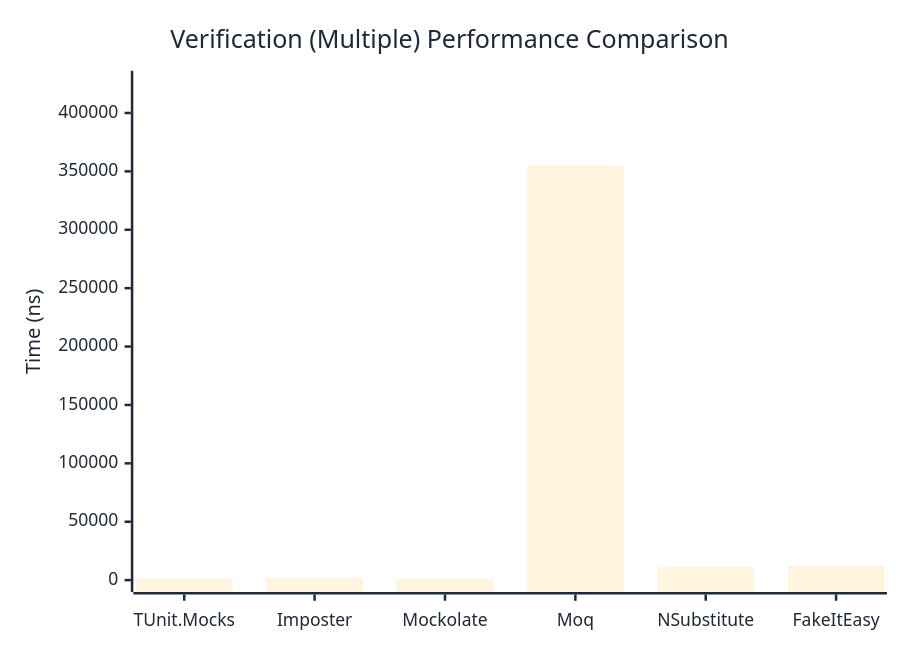
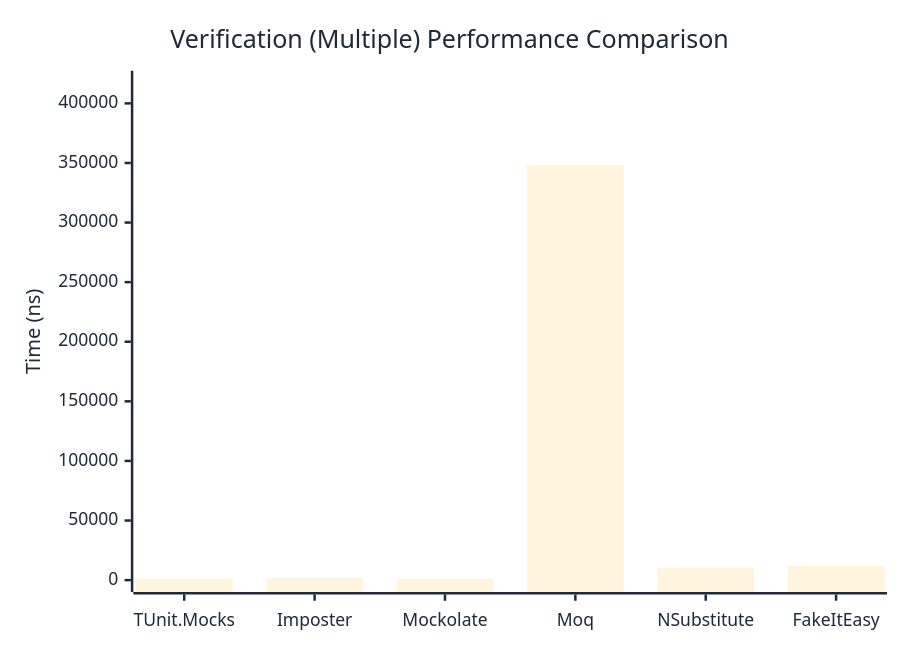
One commit to thomhurst/TUnit changed the third of 3 diagrams in docs/docs/benchmarks/mocks/Verification.md. Above: the diagram before and after it, drawn with Mermaid. The commit also changed other lines of this file and 14 other files, not shown here.

````diff
--- a/docs/docs/benchmarks/mocks/Verification.md
+++ b/docs/docs/benchmarks/mocks/Verification.md
@@ -112,27 +112,27 @@
 ```mermaid
 %%{init: {
   'theme':'base',
   'themeVariables': {
     'primaryColor': '#2563eb',
     'primaryTextColor': '#1f2937',
     'primaryBorderColor': '#1e40af',
     'lineColor': '#6b7280',
     'secondaryColor': '#7c3aed',
     'tertiaryColor': '#dc2626',
     'background': '#ffffff',
     'pie1': '#2563eb',
     'pie2': '#7c3aed',
     'pie3': '#dc2626',
     'pie4': '#f59e0b',
     'pie5': '#10b981',
     'pie6': '#06b6d4',
     'pie7': '#ec4899',
     'pie8': '#6366f1'
   }
 }}%%
 xychart-beta
   title "Verification (Multiple) Performance Comparison"
   x-axis ["TUnit.Mocks", "Imposter", "Mockolate", "Moq", "NSubstitute", "FakeItEasy"]
-  y-axis "Time (ns)" 0 --> 425980
-  bar [1305.3, 1777.89, 1174.13, 354982.55, 11088.49, 12204.31]
+  y-axis "Time (ns)" 0 --> 417397
+  bar [1242.6, 1786.95, 1152.66, 347830.44, 10396.93, 11608.86]
 ```
````
